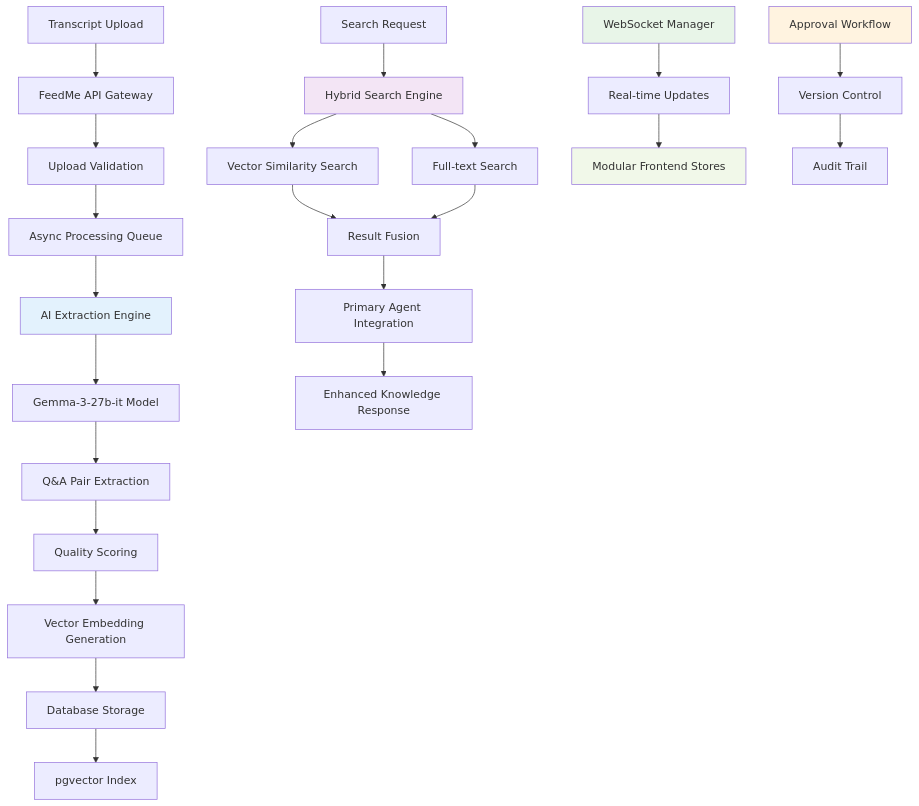
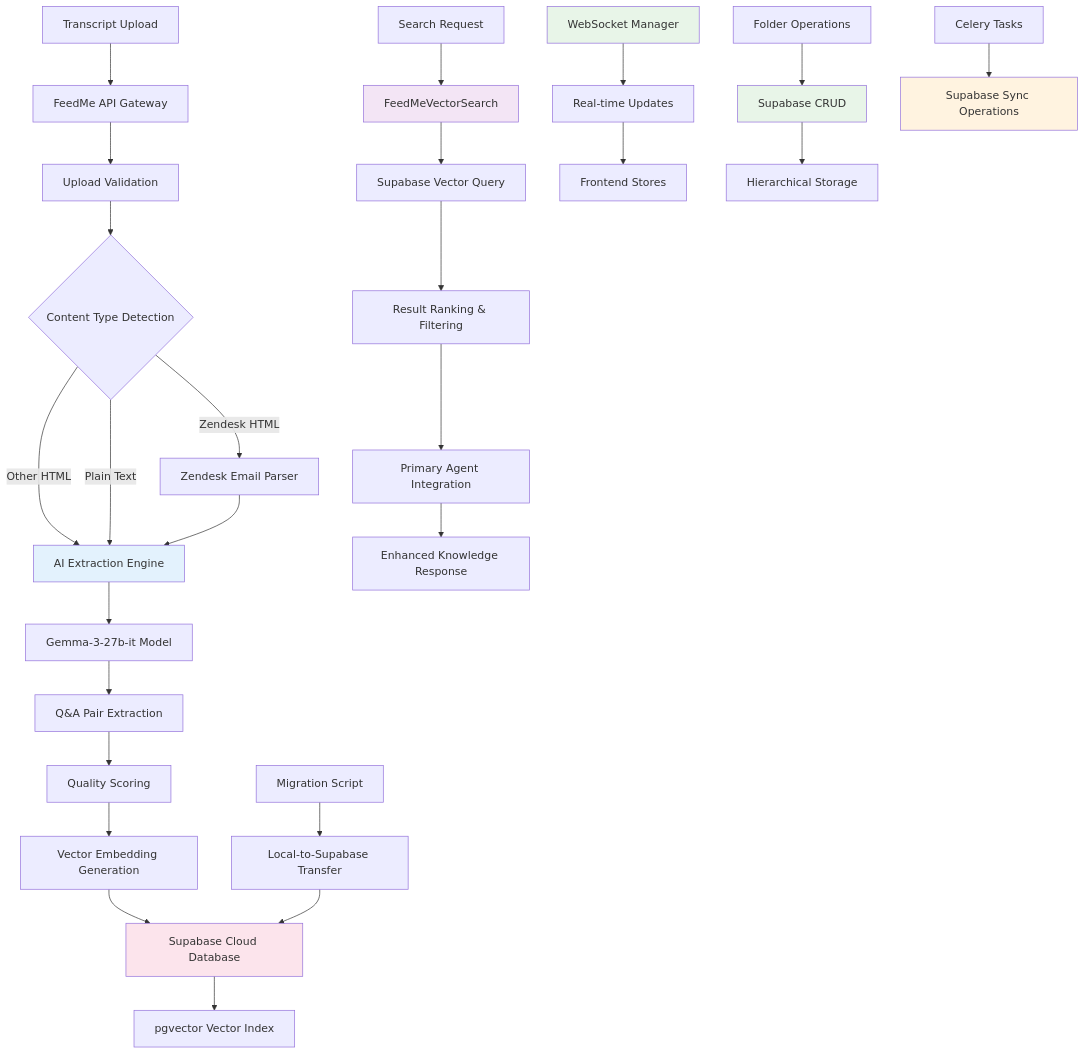
Before and after one commit to moonshubh/Agent_Sparrow: the second of 5 diagrams in main_feature_docs/feedme/feedme_manager_dev_guide.md, drawn with Mermaid. The commit also changed other lines of this file and 84 other files, not shown here.

````diff
--- a/main_feature_docs/feedme/feedme_manager_dev_guide.md
+++ b/main_feature_docs/feedme/feedme_manager_dev_guide.md
@@ -77,36 +94,49 @@
 ```mermaid
 graph TB
     A[Transcript Upload] --> B[FeedMe API Gateway]
     B --> C[Upload Validation]
-    C --> D[Async Processing Queue]
-    D --> E[AI Extraction Engine]
+    C --> D{Content Type Detection}
+    D -->|Zendesk HTML| E1[Zendesk Email Parser]
+    D -->|Other HTML| E2[AI Extraction Engine]
+    D -->|Plain Text| E2
     
-    E --> F[Gemma-3-27b-it Model]
+    E1 --> E2
+    E2 --> F[Gemma-3-27b-it Model]
     F --> G[Q&A Pair Extraction]
     G --> H[Quality Scoring]
     H --> I[Vector Embedding Generation]
     
-    I --> J[Database Storage]
-    J --> K[pgvector Index]
+    %% Direct Supabase Storage
+    I --> J[Supabase Cloud Database]
+    J --> K[pgvector Vector Index]
     
-    L[Search Request] --> M[Hybrid Search Engine]
-    M --> N[Vector Similarity Search]
-    M --> O[Full-text Search]
-    N --> P[Result Fusion]
-    O --> P
+    %% Unified Search System
+    L[Search Request] --> M[FeedMeVectorSearch]
+    M --> N[Supabase Vector Query]
+    N --> O[Result Ranking & Filtering]
     
-    P --> Q[Primary Agent Integration]
-    Q --> R[Enhanced Knowledge Response]
+    O --> P[Primary Agent Integration]
+    P --> Q[Enhanced Knowledge Response]
     
-    S[WebSocket Manager] --> T[Real-time Updates]
-    T --> U[Modular Frontend Stores]
+    %% Real-time System
+    R[WebSocket Manager] --> S[Real-time Updates]
+    S --> T[Frontend Stores]
     
-    V[Approval Workflow] --> W[Version Control]
-    W --> X[Audit Trail]
+    %% Folder Management
+    U[Folder Operations] --> V[Supabase CRUD]
+    V --> W[Hierarchical Storage]
     
-    style E fill:#e3f2fd
+    %% Background Processing
+    X[Celery Tasks] --> Y[Supabase Sync Operations]
+    
+    %% Migration Support
+    Z[Migration Script] --> AA[Local-to-Supabase Transfer]
+    AA --> J
+    
+    style E2 fill:#e3f2fd
     style M fill:#f3e5f5
-    style S fill:#e8f5e8
-    style V fill:#fff3e0
-    style U fill:#f1f8e9
+    style R fill:#e8f5e8
+    style J fill:#fce4ec
+    style V fill:#e8f5e8
+    style Y fill:#fff3e0
 ```
````
